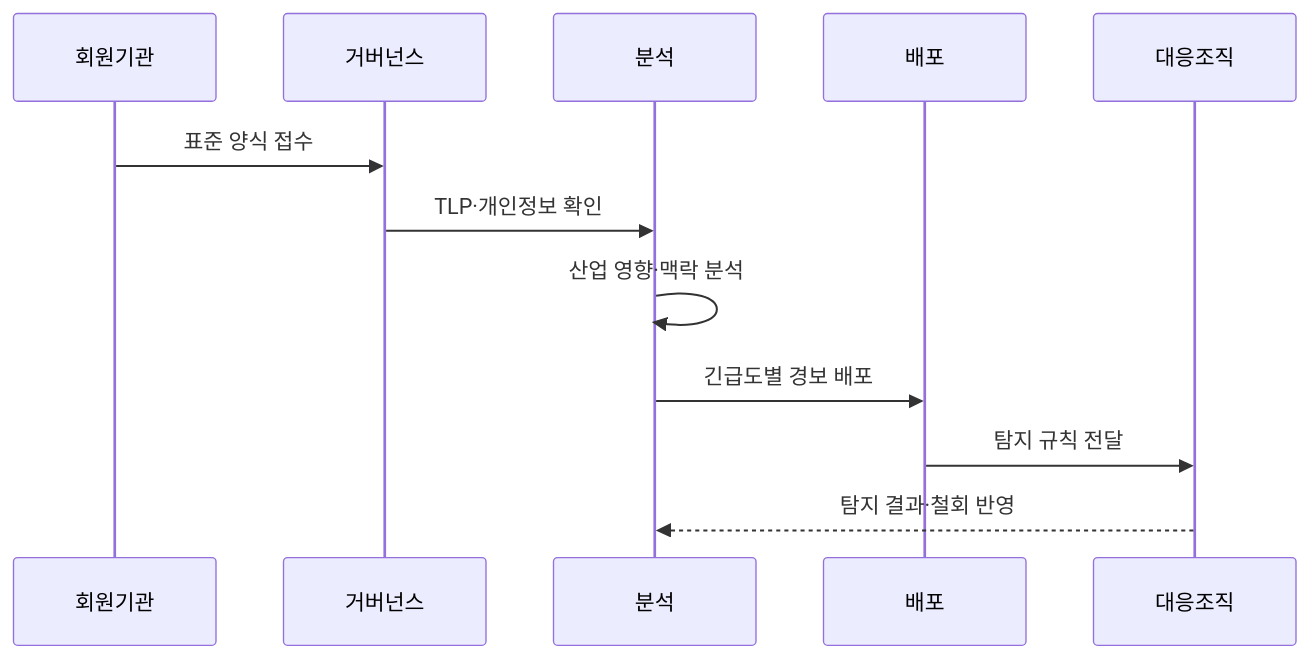
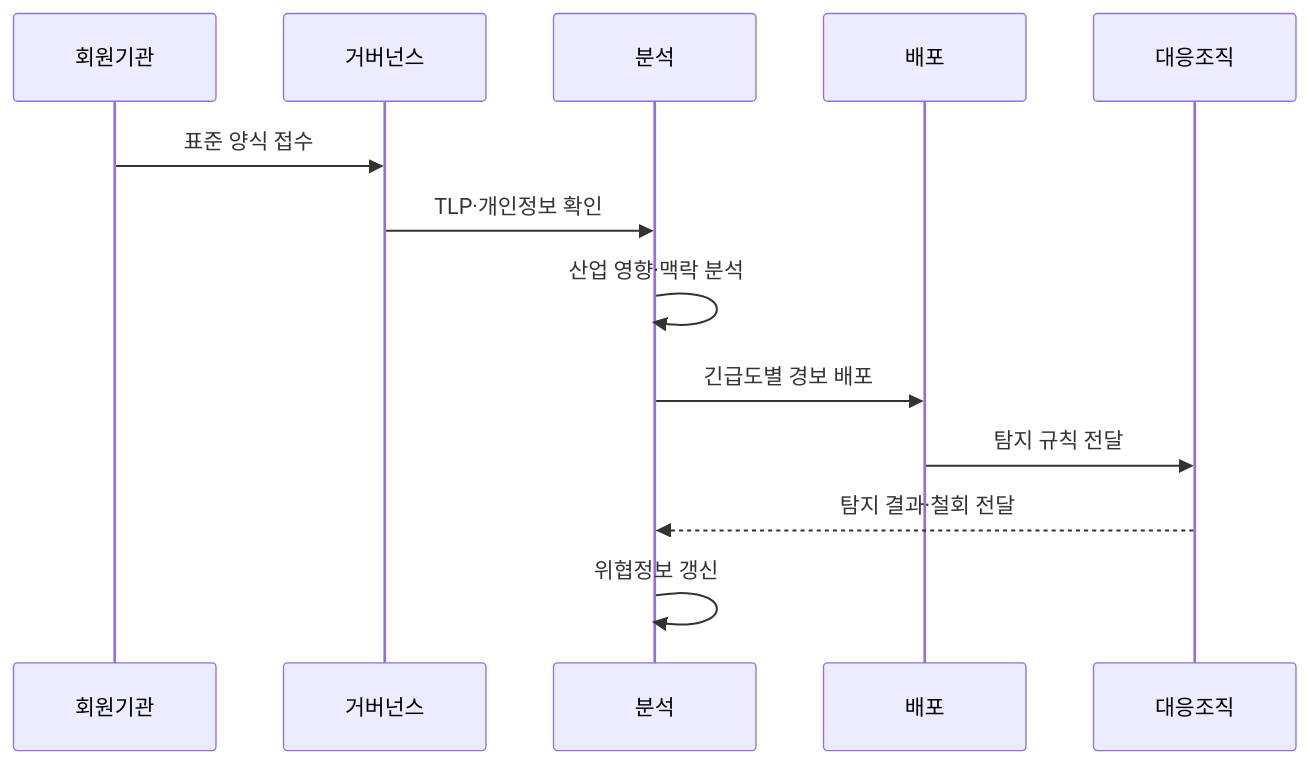
One commit to agnusdei1207/knowledge-base changed the second of 2 diagrams in src/content/docs/notes/05-security/143_isac.md. Above: the diagram before and after it, drawn with Mermaid. The commit also changed other lines of this file and 27 other files, not shown here.

````diff
--- a/src/content/docs/notes/05-security/143_isac.md
+++ b/src/content/docs/notes/05-security/143_isac.md
@@ -92,14 +92,15 @@
 ```mermaid
 sequenceDiagram
     participant M as 회원기관
     participant G as 거버넌스
     participant A as 분석
     participant D as 배포
     participant R as 대응조직
     M->>G: 표준 양식 접수
     G->>A: TLP·개인정보 확인
     A->>A: 산업 영향·맥락 분석
     A->>D: 긴급도별 경보 배포
     D->>R: 탐지 규칙 전달
-    R-->>A: 탐지 결과·철회 반영
+    R-->>A: 탐지 결과·철회 전달
+    A->>A: 위협정보 갱신
 ```
````
